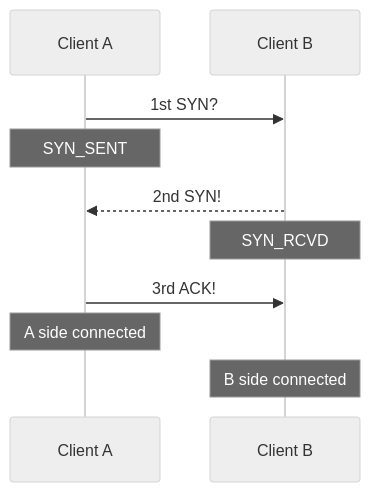
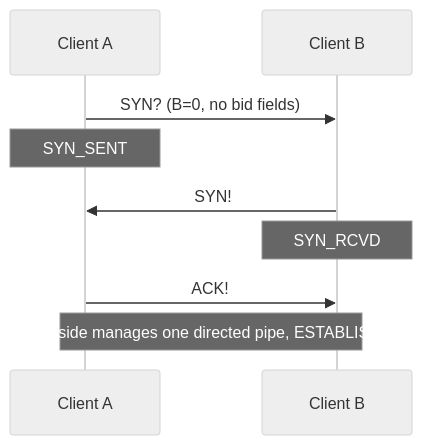
One commit to moky/magpie-bridge changed the second of 4 diagrams in docs/design-workflow.md. Above: the diagram before and after it, drawn with Mermaid (neutral theme). The commit also changed other lines of this file and 9 other files, not shown here.

````diff
--- a/docs/design-workflow.md
+++ b/docs/design-workflow.md
@@ -55,12 +31,11 @@
 ```mermaid
 sequenceDiagram
     participant A as Client A
     participant B as Client B
-    A->>B: 1st SYN?
+    A->>B: SYN? (B=0, no bid fields)
     Note over A: SYN_SENT
-    B-->>A: 2nd SYN!
+    B->>A: SYN!
     Note over B: SYN_RCVD
-    A->>B: 3rd ACK!
-    Note over A: A side connected
-    Note over B: B side connected
+    A->>B: ACK!
+    Note over A,B: each side manages one directed pipe, ESTABLISHED
 ```
````
